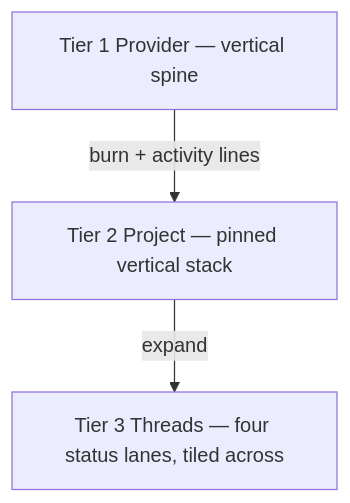
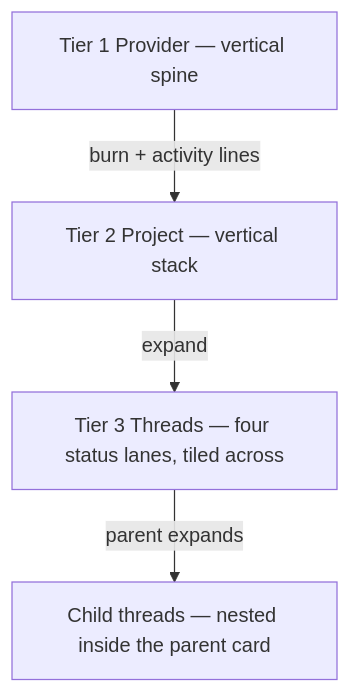
One commit to cristoslc/bb-plugin-activity-overview changed the diagram in docs/user-experience/token-flow-swimlane-spec.md. Above: the diagram before and after it, drawn with Mermaid. The commit also changed other lines of this file and 1 other file, not shown here.

First line of the commit message:
docs: contain children in the parent card, flow in the left-tree (v4)

````diff
--- a/docs/user-experience/token-flow-swimlane-spec.md
+++ b/docs/user-experience/token-flow-swimlane-spec.md
@@ -20,5 +20,6 @@
 ```mermaid
 graph TD
-  P1[Tier 1 Provider — vertical spine] -->|burn + activity lines| P2[Tier 2 Project — pinned vertical stack]
+  P1[Tier 1 Provider — vertical spine] -->|burn + activity lines| P2[Tier 2 Project — vertical stack]
   P2 -->|expand| L[Tier 3 Threads — four status lanes, tiled across]
+  L -->|parent expands| C[Child threads — nested inside the parent card]
 ```
````
